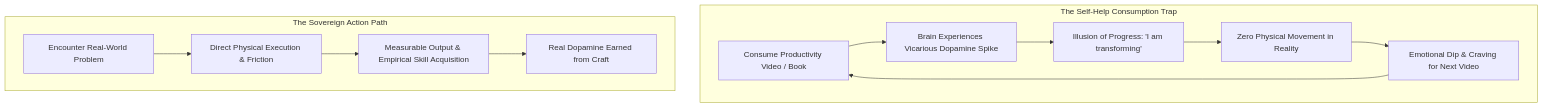
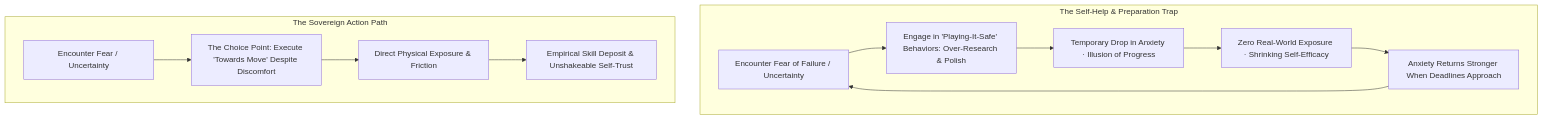
One commit to vs00918/aravalli changed the first of 5 diagrams in knowledge-tree/nodes/chapter-20-the-action-paradox-and-illusion-of-preparation.md. Above: the diagram before and after it, drawn with Mermaid. The commit also changed other lines of this file and 544 other files, not shown here.

Commit message:
feat(codex): Living Codex personal knowledge library, Phase A/B/C/D reader architecture, and autonomous zero-API ingestion engine

````diff
--- a/knowledge-tree/nodes/chapter-20-the-action-paradox-and-illusion-of-preparation.md
+++ b/knowledge-tree/nodes/chapter-20-the-action-paradox-and-illusion-of-preparation.md
@@ -17,18 +17,18 @@
 ```mermaid
 graph TD
-    subgraph The Self-Help Consumption Trap
-        C1[Consume Productivity Video / Book] 
-        --> C2[Brain Experiences Vicarious Dopamine Spike]
-        --> C3[Illusion of Progress: 'I am transforming']
-        --> C4[Zero Physical Movement in Reality]
-        --> C5[Emotional Dip & Craving for Next Video]
+    subgraph The Self-Help & Preparation Trap
+        C1[Encounter Fear of Failure / Uncertainty] 
+        --> C2[Engage in 'Playing-It-Safe' Behaviors: Over-Research & Polish]
+        --> C3[Temporary Drop in Anxiety · Illusion of Progress]
+        --> C4[Zero Real-World Exposure · Shrinking Self-Efficacy]
+        --> C5[Anxiety Returns Stronger When Deadlines Approach]
         C5 --> C1
     end
 
     subgraph The Sovereign Action Path
-        A1[Encounter Real-World Problem]
-        --> A2[Direct Physical Execution & Friction]
-        --> A3[Measurable Output & Empirical Skill Acquisition]
-        --> A4[Real Dopamine Earned from Craft]
+        A1[Encounter Fear / Uncertainty]
+        --> A2[The Choice Point: Execute 'Towards Move' Despite Discomfort]
+        --> A3[Direct Physical Exposure & Friction]
+        --> A4[Empirical Skill Deposit & Unshakeable Self-Trust]
     end
 ```
````
